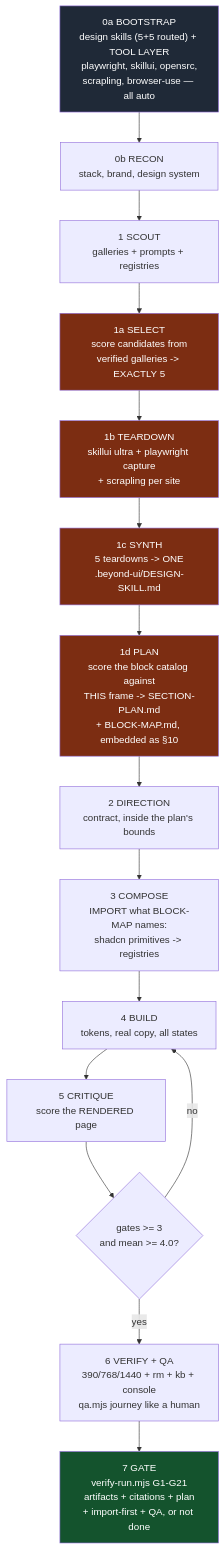
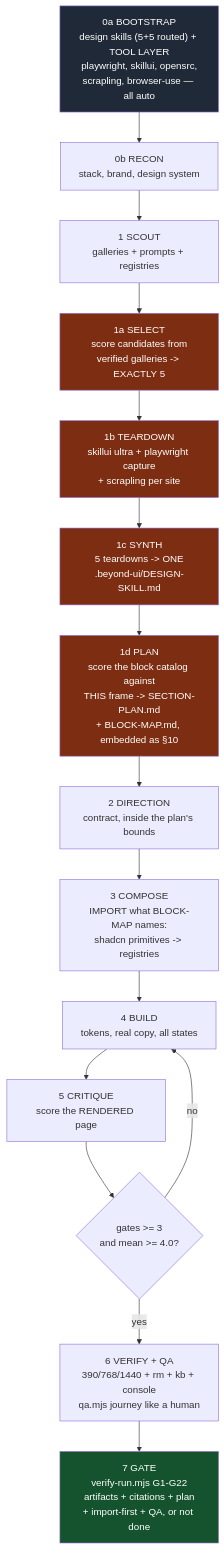
One commit to Jeetaksh25/AgentSkills changed the first of 6 diagrams in beyond-ui/README.md. Above: the diagram before and after it, drawn with Mermaid. The commit also changed other lines of this file and 11 other files, not shown here.

````diff
--- a/beyond-ui/README.md
+++ b/beyond-ui/README.md
@@ -64,24 +77,24 @@
 ```mermaid
 flowchart TD
     A["0a BOOTSTRAP<br/>design skills (5+5 routed) + TOOL LAYER<br/>playwright, skillui, opensrc,<br/>scrapling, browser-use — all auto"] --> B["0b RECON<br/>stack, brand, design system"]
     B --> C["1 SCOUT<br/>galleries + prompts + registries"]
     C --> S1["1a SELECT<br/>score candidates from<br/>verified galleries -> EXACTLY 5"]
     S1 --> S2["1b TEARDOWN<br/>skillui ultra + playwright capture<br/>+ scrapling per site"]
     S2 --> S3["1c SYNTH<br/>5 teardowns -> ONE<br/>.beyond-ui/DESIGN-SKILL.md"]
     S3 --> S4["1d PLAN<br/>score the block catalog against<br/>THIS frame -> SECTION-PLAN.md<br/>+ BLOCK-MAP.md, embedded as §10"]
     S4 --> D["2 DIRECTION<br/>contract, inside the plan's bounds"]
     D --> E["3 COMPOSE<br/>IMPORT what BLOCK-MAP names:<br/>shadcn primitives -> registries"]
     E --> F["4 BUILD<br/>tokens, real copy, all states"]
     F --> G["5 CRITIQUE<br/>score the RENDERED page"]
     G --> H{"gates >= 3<br/>and mean >= 4.0?"}
     H -- no --> F
     H -- yes --> I["6 VERIFY + QA<br/>390/768/1440 + rm + kb + console<br/>qa.mjs journey like a human"]
-    I --> J["7 GATE<br/>verify-run.mjs G1-G21<br/>artifacts + citations + plan<br/>+ import-first + QA, or not done"]
+    I --> J["7 GATE<br/>verify-run.mjs G1-G22<br/>artifacts + citations + plan<br/>+ import-first + QA, or not done"]
 
     style A fill:#1f2937,color:#fff
     style S1 fill:#7c2d12,color:#fff
     style S2 fill:#7c2d12,color:#fff
     style S3 fill:#7c2d12,color:#fff
     style S4 fill:#7c2d12,color:#fff
     style J fill:#14532d,color:#fff
 ```
````
